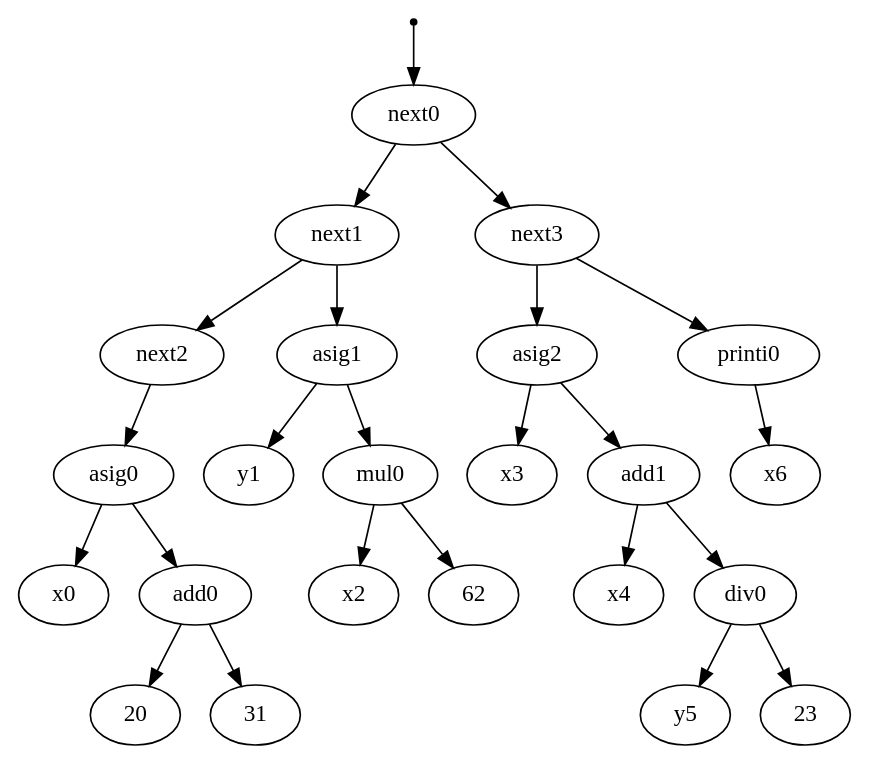
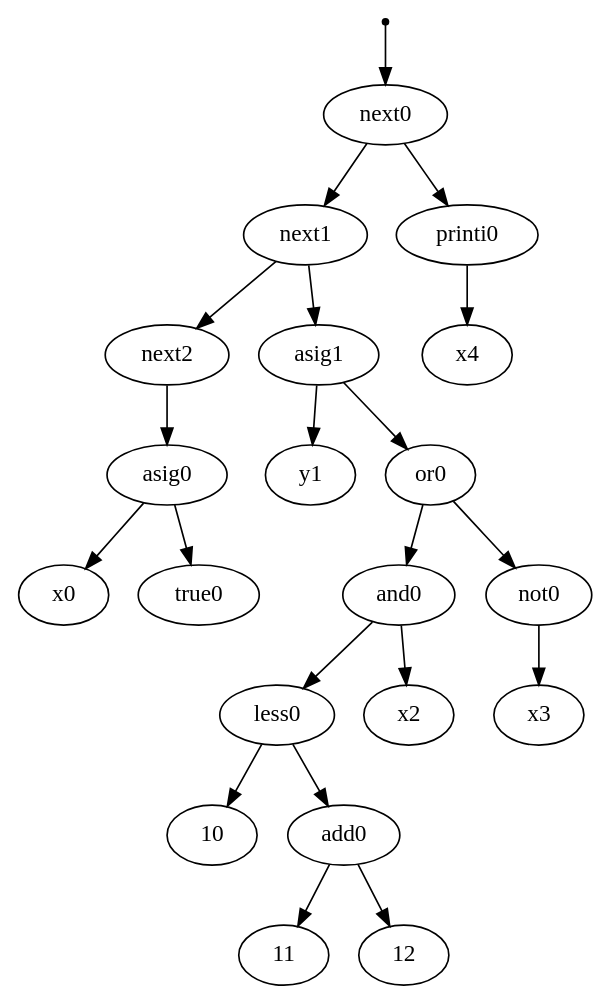
The diagram in dot_output.dot (NicoFraschetti/compiladores2019), drawn with Graphviz before and after one commit. The commit also changed 15 other files, not shown here.

```diff
--- a/dot_output.dot
+++ b/dot_output.dot
@@ -1,26 +1,23 @@
 digraph{
 inic[shape=point];
 inic->next0
 next0->next1
 next1->next2
 next2->asig0
 asig0->x0
-asig0->add0
-add0->20
-add0->31
+asig0->true0
 next1->asig1
 asig1->y1
-asig1->mul0
-mul0->x2
-mul0->62
-next0->next3
-next3->asig2
-asig2->x3
-asig2->add1
-add1->x4
-add1->div0
-div0->y5
-div0->23
-next3->printi0
-printi0->x6
+asig1->or0
+or0->and0
+and0->less0
+less0->10
+less0->add0
+add0->11
+add0->12
+and0->x2
+or0->not0
+not0->x3
+next0->printi0
+printi0->x4
 }
```
